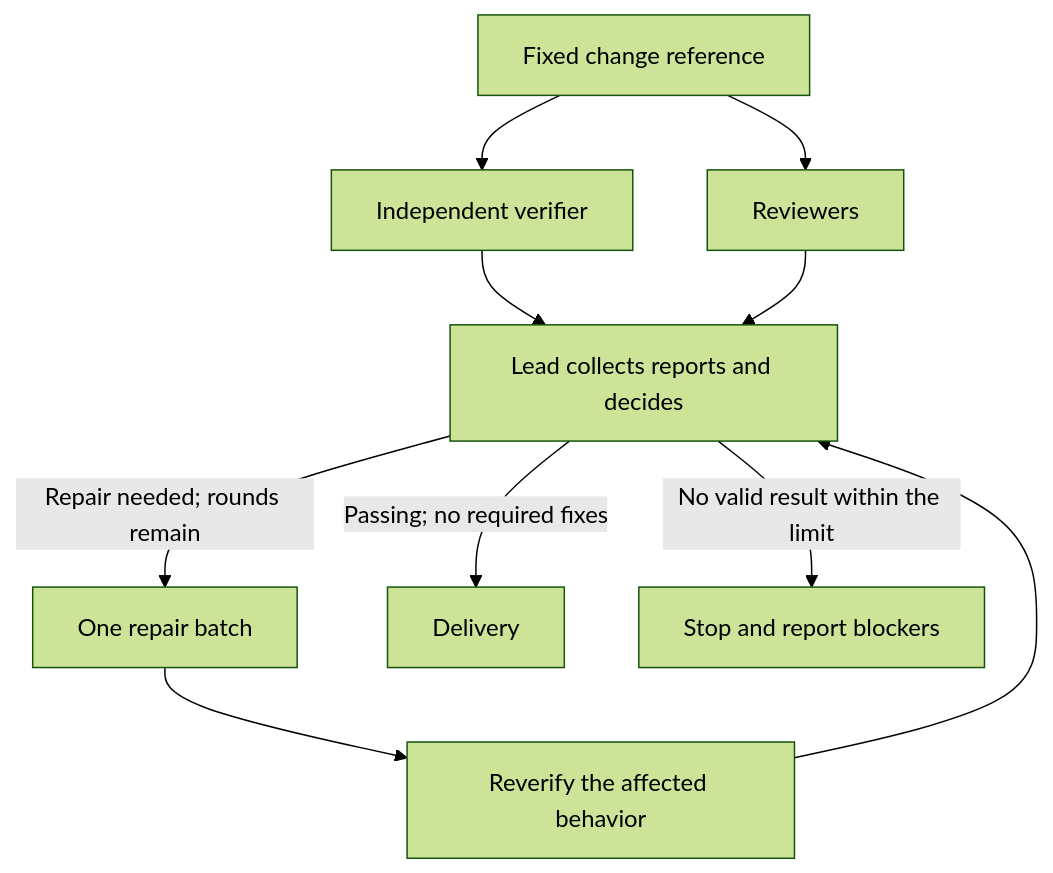
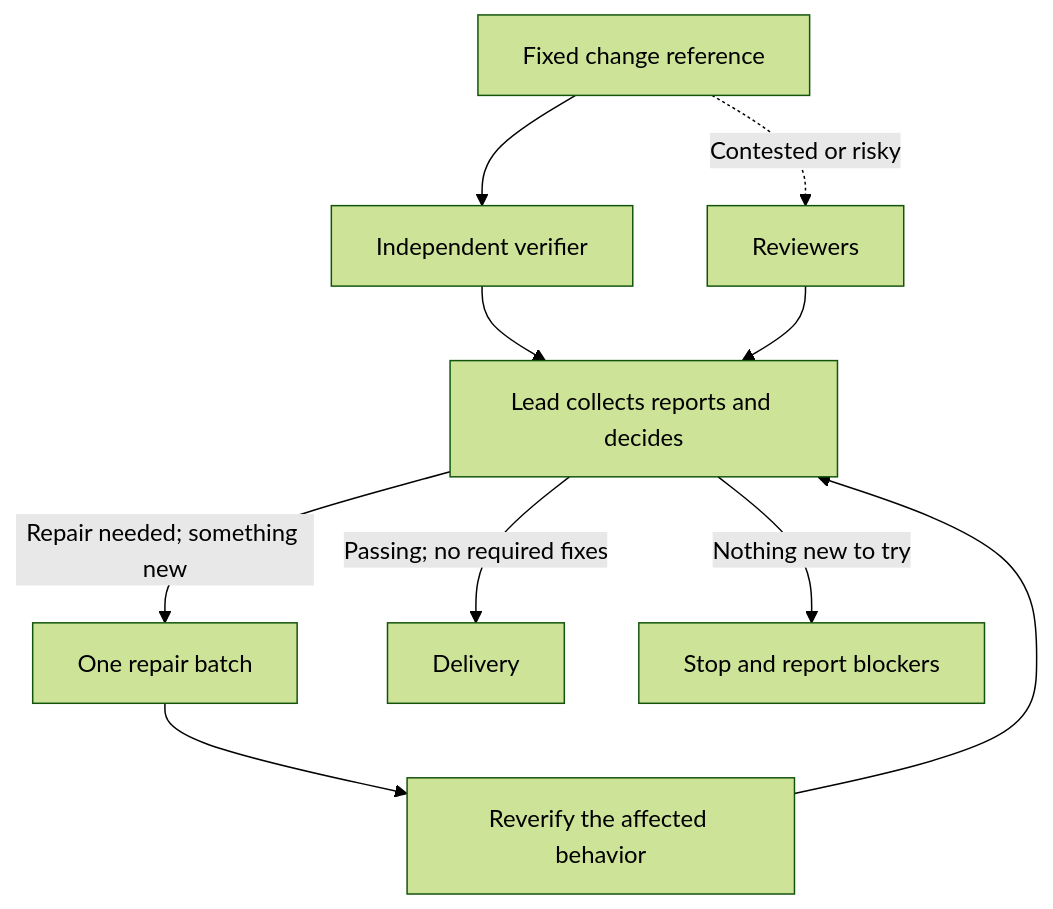
One commit to LeoMartinDev/skills changed diagram 13 of 16 in README.md. Above: the diagram before and after it, drawn with Mermaid (forest theme). The commit also changed other lines of this file and 27 other files, not shown here.

````diff
--- a/README.md
+++ b/README.md
@@ -236,12 +236,12 @@
 ```mermaid
 flowchart TD
     H["Fixed change reference"] --> V["Independent verifier"]
-    H --> R["Reviewers"]
+    H -.->|Contested or risky| R["Reviewers"]
     V --> L["Lead collects reports and decides"]
     R --> L
-    L -->|Repair needed; rounds remain| I["One repair batch"]
+    L -->|Repair needed; something new| I["One repair batch"]
     I --> N["Reverify the affected behavior"]
     N --> L
     L -->|Passing; no required fixes| S["Delivery"]
-    L -->|No valid result within the limit| B["Stop and report blockers"]
+    L -->|Nothing new to try| B["Stop and report blockers"]
 ```
````
